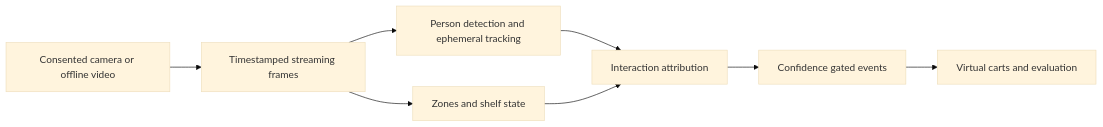
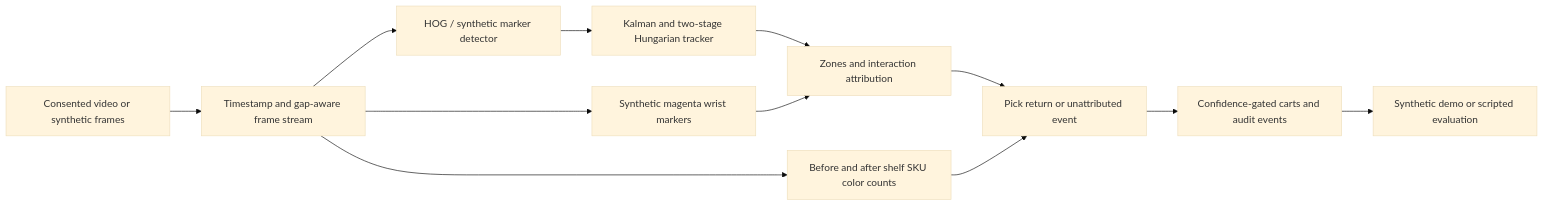
One commit to DanyVX/cashierless-retail-tracker changed the diagram in README.md. Above: the diagram before and after it, drawn with Mermaid (base theme). The commit also changed other lines of this file and 50 other files, not shown here.

````diff
--- a/README.md
+++ b/README.md
@@ -24,10 +36,14 @@
 ```mermaid
 flowchart LR
-  A[Consented camera or offline video] --> B[Timestamped streaming frames]
-  B --> C[Person detection and ephemeral tracking]
-  B --> D[Zones and shelf state]
-  C --> E[Interaction attribution]
-  D --> E
-  E --> F[Confidence gated events]
-  F --> G[Virtual carts and evaluation]
+    A[Consented video or synthetic frames] --> B[Timestamp and gap-aware frame stream]
+    B --> C[HOG / synthetic marker detector]
+    C --> D[Kalman and two-stage Hungarian tracker]
+    B --> E[Synthetic magenta wrist markers]
+    D --> F[Zones and interaction attribution]
+    E --> F
+    B --> G[Before and after shelf SKU color counts]
+    F --> H[Pick return or unattributed event]
+    G --> H
+    H --> I[Confidence-gated carts and audit events]
+    I --> J[Synthetic demo or scripted evaluation]
 ```
````
